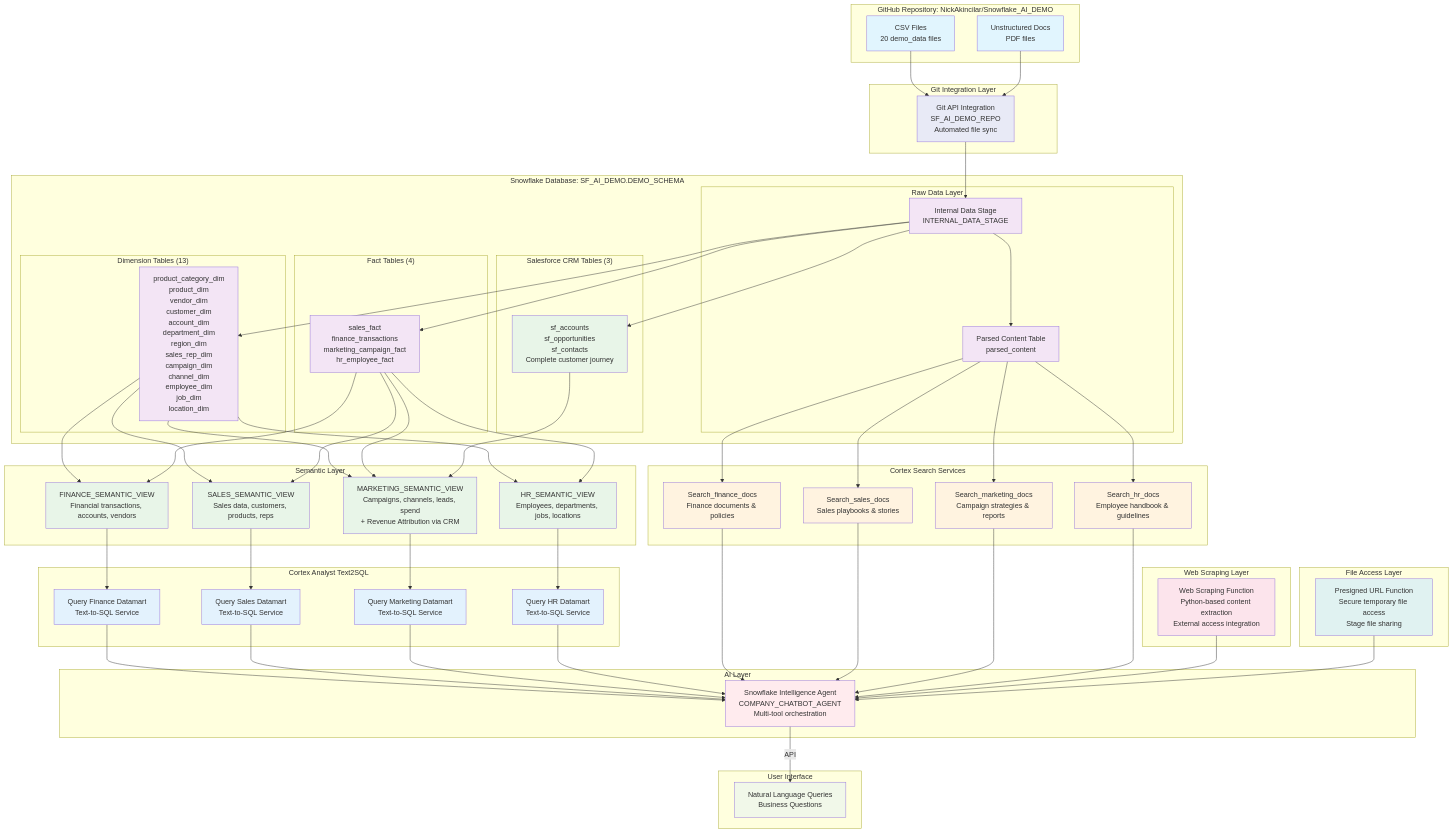
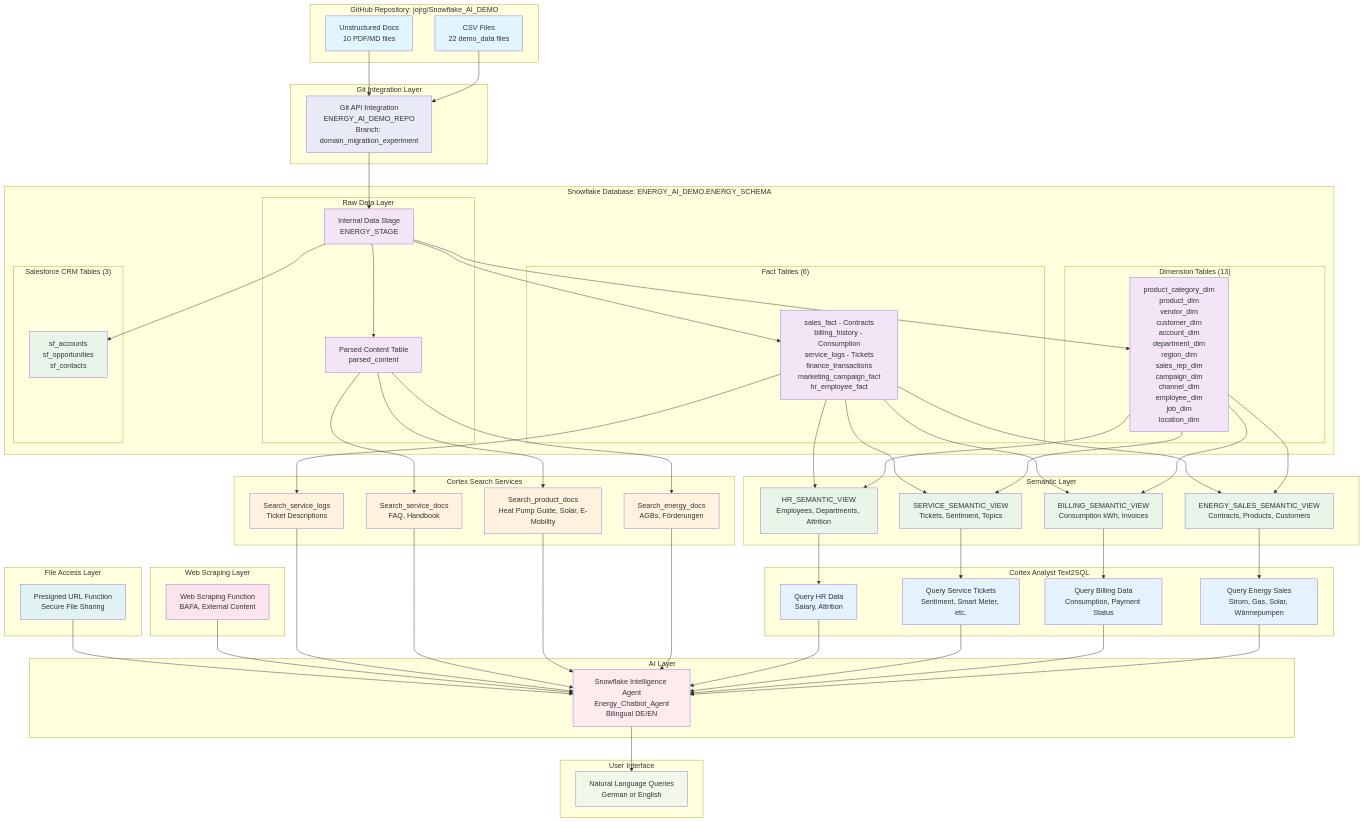
One commit to jojrg/Snowflake_EPower_Demo changed the diagram in README.md. Above: the diagram before and after it, drawn with Mermaid. The commit also changed other lines of this file and 132 other files, not shown here.

Commit message:
Refactured repo folder structure, deleted assets from blueprint retail demo

````diff
--- a/README.md
+++ b/README.md
@@ -65,17 +54,17 @@
 ```mermaid
 graph TD
-    subgraph "GitHub Repository: NickAkincilar/Snowflake_AI_DEMO"
-        B[CSV Files<br/>20 demo_data files]
-        C[Unstructured Docs<br/>PDF files]
+    subgraph "GitHub Repository: jojrg/Snowflake_AI_DEMO"
+        B[CSV Files<br/>22 demo_data files]
+        C[Unstructured Docs<br/>10 PDF/MD files]
     end
 
     subgraph "Git Integration Layer"
-        A[Git API Integration<br/>SF_AI_DEMO_REPO<br/>Automated file sync]
+        A[Git API Integration<br/>ENERGY_AI_DEMO_REPO<br/>Branch: domain_migratiion_experiment]
     end
 
-    subgraph "Snowflake Database: SF_AI_DEMO.DEMO_SCHEMA"
+    subgraph "Snowflake Database: ENERGY_AI_DEMO.ENERGY_SCHEMA"
         subgraph "Raw Data Layer"
-            D[Internal Data Stage<br/>INTERNAL_DATA_STAGE]
+            D[Internal Data Stage<br/>ENERGY_STAGE]
             E[Parsed Content Table<br/>parsed_content]
         end
         
@@ -83,50 +72,50 @@
             F[product_category_dim<br/>product_dim<br/>vendor_dim<br/>customer_dim<br/>account_dim<br/>department_dim<br/>region_dim<br/>sales_rep_dim<br/>campaign_dim<br/>channel_dim<br/>employee_dim<br/>job_dim<br/>location_dim]
         end
         
-        subgraph "Fact Tables (4)"
-            G[sales_fact<br/>finance_transactions<br/>marketing_campaign_fact<br/>hr_employee_fact]
+        subgraph "Fact Tables (6)"
+            G[sales_fact - Contracts<br/>billing_history - Consumption<br/>service_logs - Tickets<br/>finance_transactions<br/>marketing_campaign_fact<br/>hr_employee_fact]
         end
         
         subgraph "Salesforce CRM Tables (3)"
-            SF[sf_accounts<br/>sf_opportunities<br/>sf_contacts<br/>Complete customer journey]
+            SF[sf_accounts<br/>sf_opportunities<br/>sf_contacts]
         end
     end
 
     subgraph "Semantic Layer"
-        H[FINANCE_SEMANTIC_VIEW<br/>Financial transactions, accounts, vendors]
-        I[SALES_SEMANTIC_VIEW<br/>Sales data, customers, products, reps]
-        J[MARKETING_SEMANTIC_VIEW<br/>Campaigns, channels, leads, spend<br/>+ Revenue Attribution via CRM]
-        K[HR_SEMANTIC_VIEW<br/>Employees, departments, jobs, locations]
+        H[ENERGY_SALES_SEMANTIC_VIEW<br/>Contracts, Products, Customers]
+        I[BILLING_SEMANTIC_VIEW<br/>Consumption kWh, Invoices]
+        J[SERVICE_SEMANTIC_VIEW<br/>Tickets, Sentiment, Topics]
+        K[HR_SEMANTIC_VIEW<br/>Employees, Departments, Attrition]
     end
 
     subgraph "Cortex Analyst Text2SQL"
-        S[Query Finance Datamart<br/>Text-to-SQL Service]
-        T[Query Sales Datamart<br/>Text-to-SQL Service]
-        U[Query Marketing Datamart<br/>Text-to-SQL Service]
-        V[Query HR Datamart<br/>Text-to-SQL Service]
+        S[Query Energy Sales<br/>Strom, Gas, Solar, Wärmepumpen]
+        T[Query Billing Data<br/>Consumption, Payment Status]
+        U[Query Service Tickets<br/>Sentiment, Smart Meter, etc.]
+        V[Query HR Data<br/>Salary, Attrition]
     end
 
     subgraph "Cortex Search Services"
-        L[Search_finance_docs<br/>Finance documents & policies]
-        M[Search_sales_docs<br/>Sales playbooks & stories]
-        N[Search_marketing_docs<br/>Campaign strategies & reports]
-        O[Search_hr_docs<br/>Employee handbook & guidelines]
+        L[Search_energy_docs<br/>AGBs, Förderungen]
+        M[Search_product_docs<br/>Heat Pump Guide, Solar, E-Mobility]
+        N[Search_service_docs<br/>FAQ, Handbook]
+        O[Search_service_logs<br/>Ticket Descriptions]
     end
 
     subgraph "Web Scraping Layer"
-        WS[Web Scraping Function<br/>Python-based content extraction<br/>External access integration]
+        WS[Web Scraping Function<br/>BAFA, External Content]
     end
 
     subgraph "File Access Layer"
-        FA[Presigned URL Function<br/>Secure temporary file access<br/>Stage file sharing]
+        FA[Presigned URL Function<br/>Secure File Sharing]
     end
 
     subgraph "AI Layer"
-        P[Snowflake Intelligence Agent<br/>COMPANY_CHATBOT_AGENT<br/>Multi-tool orchestration]
+        P[Snowflake Intelligence Agent<br/>Energy_Chatbot_Agent<br/>Bilingual DE/EN]
     end
 
     subgraph "User Interface"
-        Q[Natural Language Queries<br/>Business Questions]
+        Q[Natural Language Queries<br/>German or English]
     end
 
     %% Data Flow
@@ -145,7 +134,6 @@
     G --> I
     F --> J
     G --> J
-    SF --> J
     F --> K
     G --> K
     
@@ -159,7 +147,7 @@
     E --> L
     E --> M
     E --> N
-    E --> O
+    G --> O
     
     %% Agent Connections
     S --> P
@@ -173,8 +161,8 @@
     WS --> P
     FA --> P
     
-    %% User Access via API
-    P -->|API| Q
+    %% User Access
+    P --> Q
 
     %% Styling
     classDef dataSource fill:#e1f5fe
````
